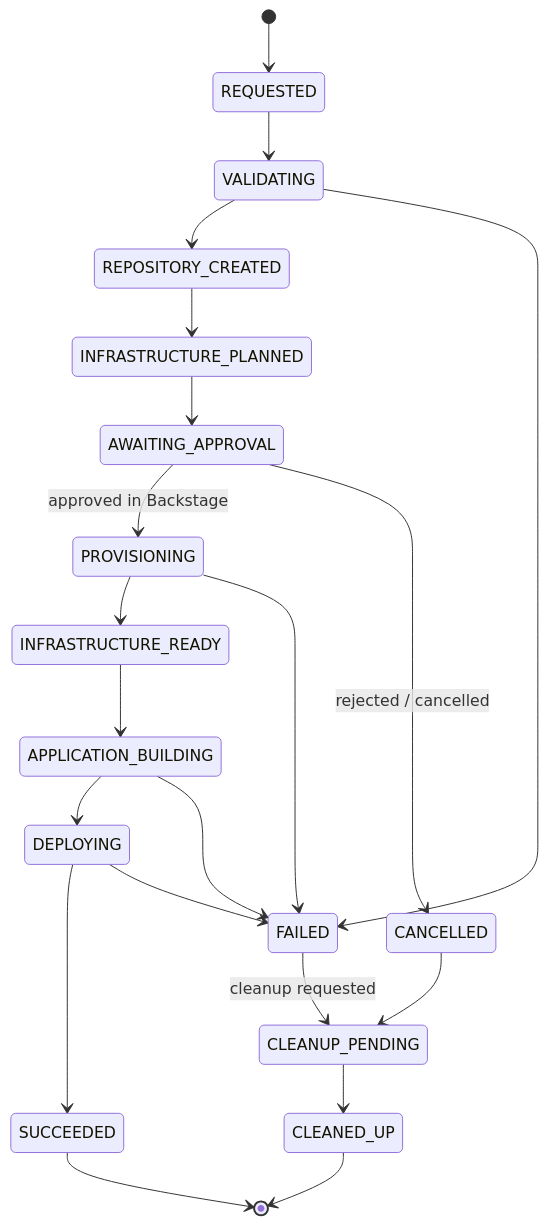
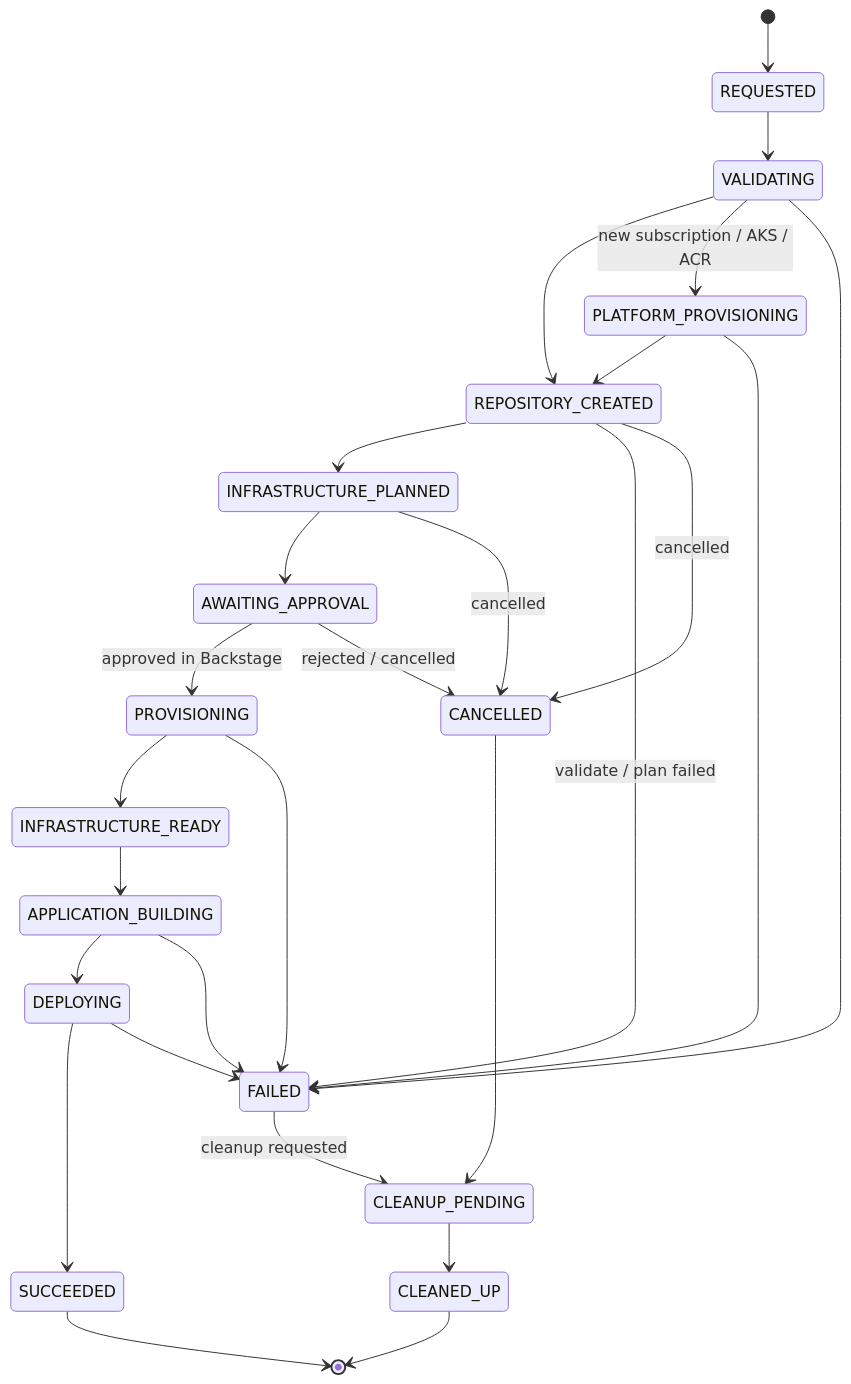
The second of 2 diagrams in README.md (nixvarghese01/azure-backstage-goldenpath), drawn with Mermaid before and after one commit. The commit also changed other lines of this file and 9 other files, not shown here.

````diff
--- a/README.md
+++ b/README.md
@@ -287,23 +297,29 @@
 ```mermaid
 stateDiagram-v2
     [*] --> REQUESTED
     REQUESTED --> VALIDATING
     VALIDATING --> REPOSITORY_CREATED
+    VALIDATING --> PLATFORM_PROVISIONING : new subscription / AKS / ACR
+    PLATFORM_PROVISIONING --> REPOSITORY_CREATED
+    PLATFORM_PROVISIONING --> FAILED
     VALIDATING --> FAILED
     REPOSITORY_CREATED --> INFRASTRUCTURE_PLANNED
+    REPOSITORY_CREATED --> FAILED : validate / plan failed
+    REPOSITORY_CREATED --> CANCELLED : cancelled
     INFRASTRUCTURE_PLANNED --> AWAITING_APPROVAL
+    INFRASTRUCTURE_PLANNED --> CANCELLED : cancelled
     AWAITING_APPROVAL --> PROVISIONING : approved in Backstage
     AWAITING_APPROVAL --> CANCELLED : rejected / cancelled
     PROVISIONING --> INFRASTRUCTURE_READY
     PROVISIONING --> FAILED
     INFRASTRUCTURE_READY --> APPLICATION_BUILDING
     APPLICATION_BUILDING --> DEPLOYING
     APPLICATION_BUILDING --> FAILED
     DEPLOYING --> SUCCEEDED
     DEPLOYING --> FAILED
     FAILED --> CLEANUP_PENDING : cleanup requested
     CANCELLED --> CLEANUP_PENDING
     CLEANUP_PENDING --> CLEANED_UP
     SUCCEEDED --> [*]
     CLEANED_UP --> [*]
 ```
````
